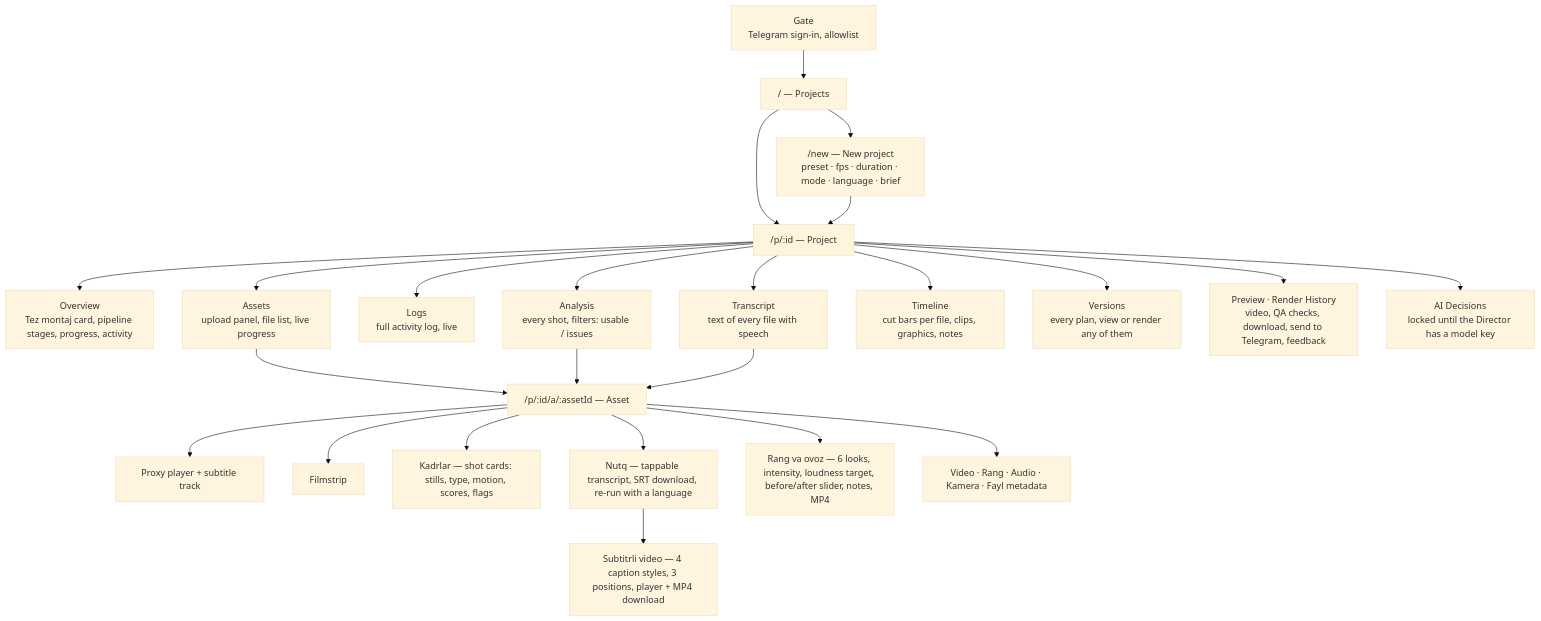
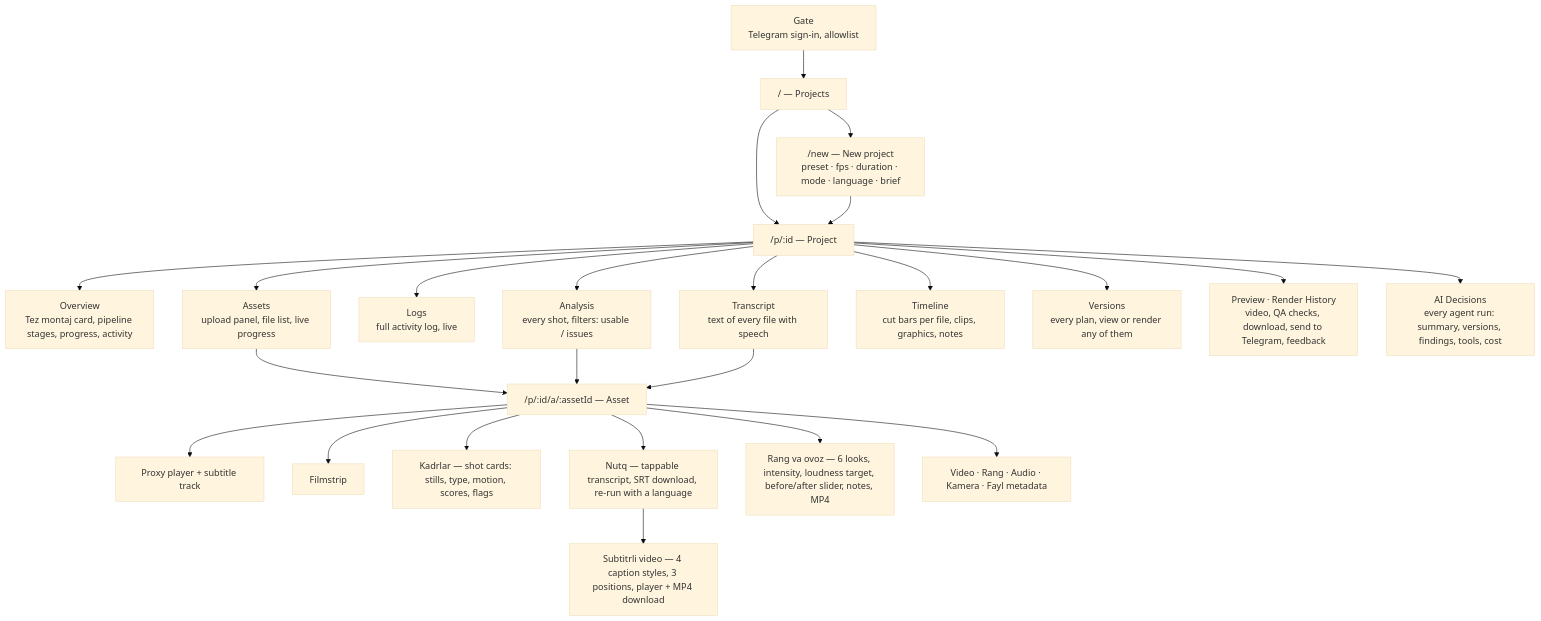
The diagram in docs/SITEMAP.md (bluecore-dev/synthcut), drawn with Mermaid (base theme) before and after one commit. The commit also changed other lines of this file and 43 other files, not shown here.

````diff
--- a/docs/SITEMAP.md
+++ b/docs/SITEMAP.md
@@ -10,26 +10,26 @@
 ```mermaid
 flowchart TD
     G[Gate<br/>Telegram sign-in, allowlist] --> H["/ — Projects"]
     H --> N["/new — New project<br/>preset · fps · duration · mode · language · brief"]
     H --> P["/p/:id — Project"]
     N --> P
     P --> T1[Overview<br/>Tez montaj card, pipeline stages, progress, activity]
     P --> T2[Assets<br/>upload panel, file list, live progress]
     P --> T3[Logs<br/>full activity log, live]
     P --> T4[Analysis<br/>every shot, filters: usable / issues]
     P --> T5[Transcript<br/>text of every file with speech]
     P --> T6[Timeline<br/>cut bars per file, clips, graphics, notes]
     P --> T7[Versions<br/>every plan, view or render any of them]
     P --> T8[Preview · Render History<br/>video, QA checks, download, send to Telegram, feedback]
-    P --> T9[AI Decisions<br/>locked until the Director has a model key]
+    P --> T9[AI Decisions<br/>every agent run: summary, versions, findings, tools, cost]
     T2 --> A["/p/:id/a/:assetId — Asset"]
     T4 --> A
     T5 --> A
     A --> A1[Proxy player + subtitle track]
     A --> A2[Filmstrip]
     A --> A3[Kadrlar — shot cards: stills, type, motion, scores, flags]
     A --> A4[Nutq — tappable transcript, SRT download, re-run with a language]
     A4 --> A6[Subtitrli video — 4 caption styles, 3 positions, player + MP4 download]
     A --> A7[Rang va ovoz — 6 looks, intensity, loudness target, before/after slider, notes, MP4]
     A --> A5[Video · Rang · Audio · Kamera · Fayl metadata]
 ```
````
